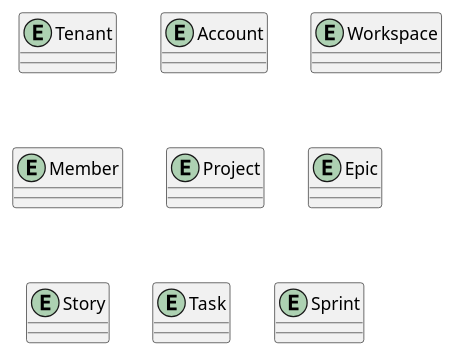
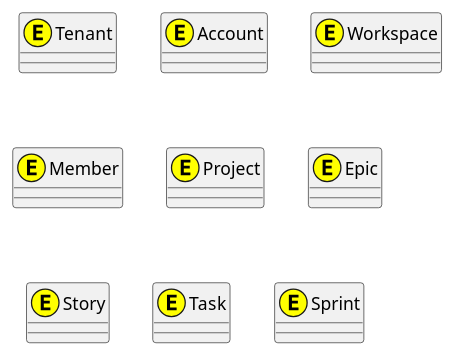
One commit to jairokoning/sprint_manager_uml changed the diagram in entities.plantuml. Above: the diagram before and after it, drawn with PlantUML.

Commit message:
style: change entity color

```diff
--- a/entities.plantuml
+++ b/entities.plantuml
@@ -1,13 +1,13 @@
 @startuml "entities"
 
-entity Tenant {}
-entity Account {}
-entity Workspace {}
-entity Member {}
-entity Project {}
-entity Epic {}
-entity Story {}
-entity Task {}
-entity Sprint {}
+entity Tenant <<(E,yellow)>> {}
+entity Account <<(E,yellow)>> {}
+entity Workspace <<(E,yellow)>> {}
+entity Member <<(E,yellow)>> {}
+entity Project <<(E,yellow)>> {}
+entity Epic <<(E,yellow)>> {}
+entity Story <<(E,yellow)>> {}
+entity Task <<(E,yellow)>> {}
+entity Sprint <<(E,yellow)>> {}
 
 @enduml
```
